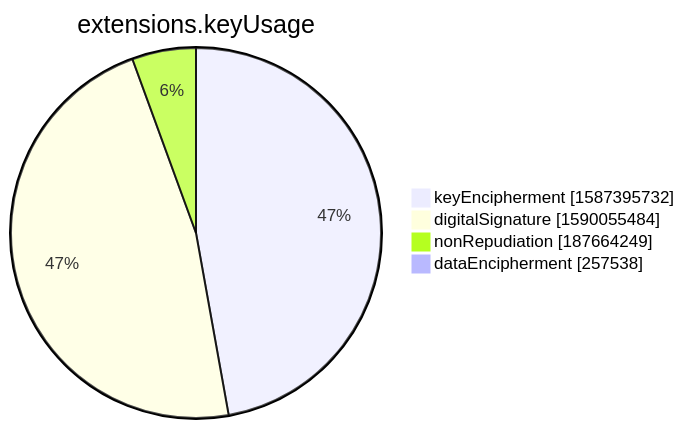
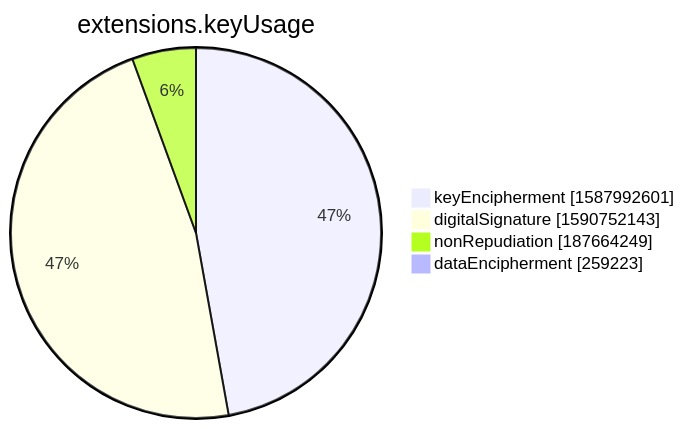
Before and after one commit to christiankrug/ctmonitor_visualization: the seventh of 15 diagrams in xenon2022/README.md, drawn with Mermaid. The commit also changed other lines of this file, not shown here.

````diff
--- a/xenon2022/README.md
+++ b/xenon2022/README.md
@@ -2854,8 +2854,8 @@
 ```mermaid
 pie showData
 title extensions.keyUsage
-"keyEncipherment" :1587395732
-"digitalSignature" :1590055484
+"keyEncipherment" :1587992601
+"digitalSignature" :1590752143
 "nonRepudiation" :187664249
-"dataEncipherment" :257538
+"dataEncipherment" :259223
 ```
````
